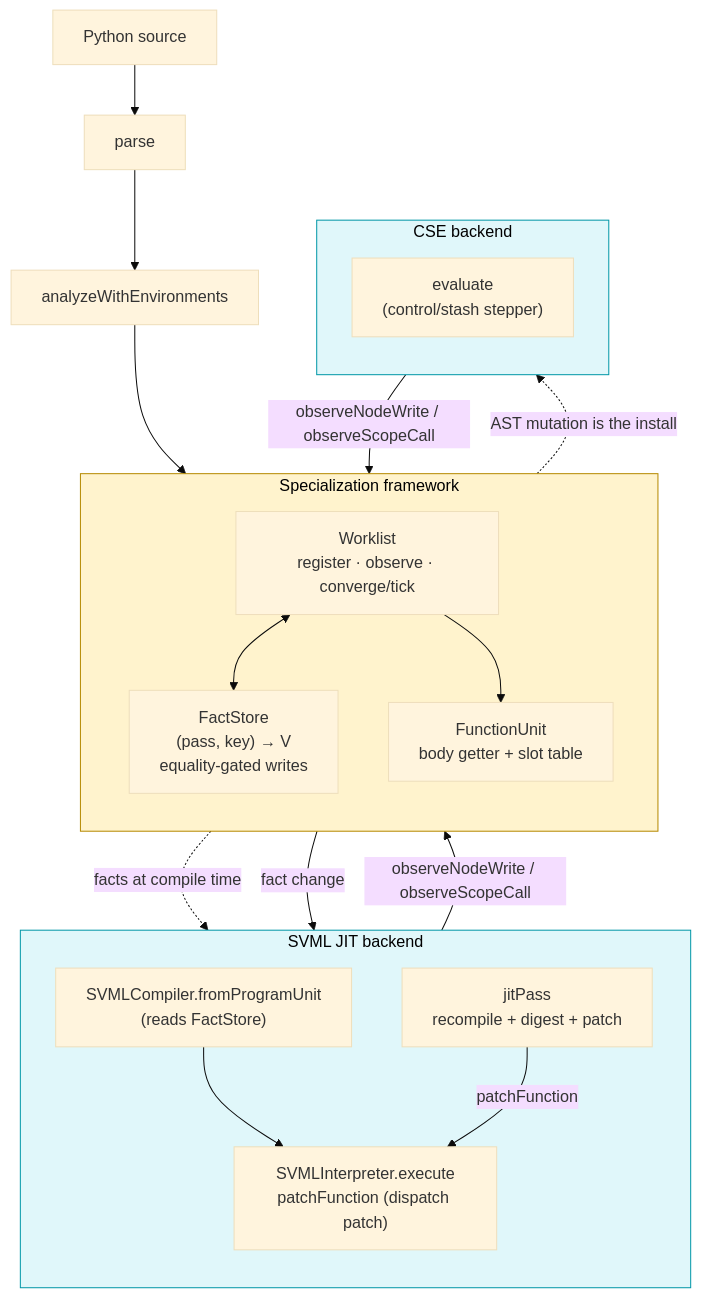
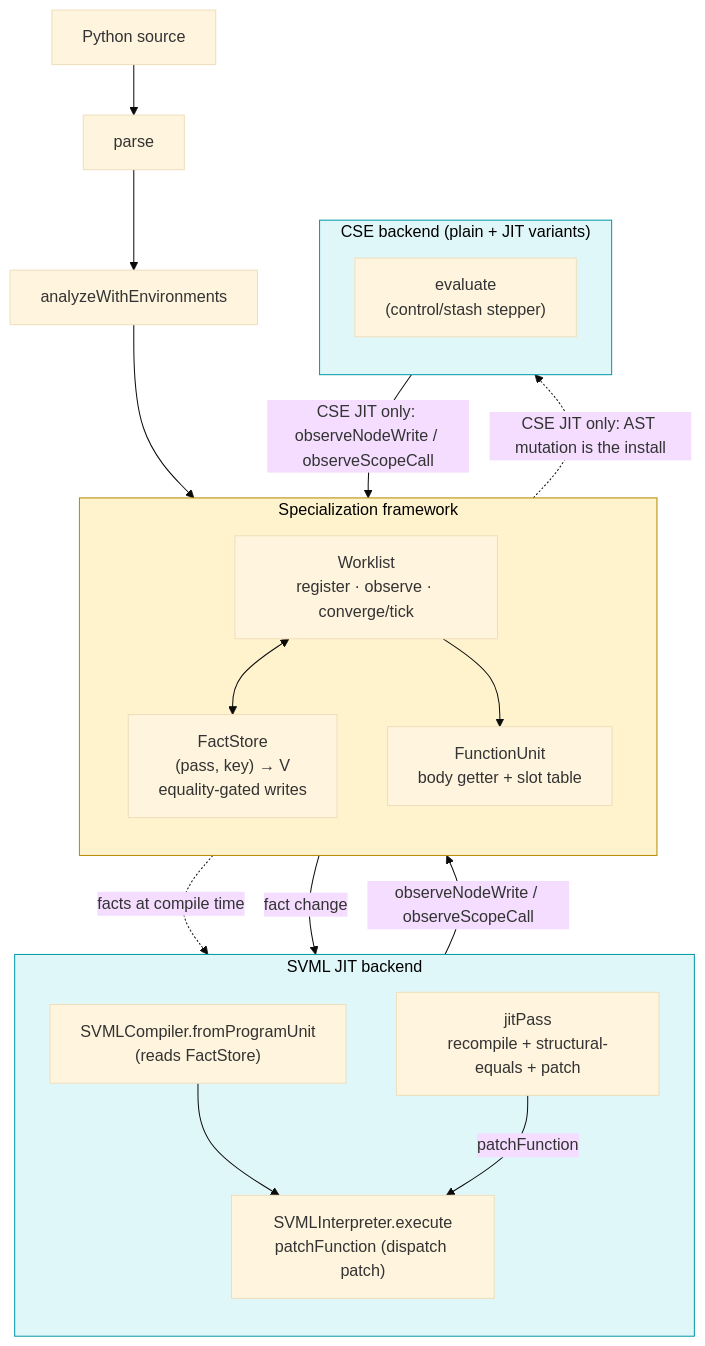
One commit to loyaltypollution/py-slang changed the sixth of 6 diagrams in docs/compilation-flow.md. Above: the diagram before and after it, drawn with Mermaid (base theme). The commit also changed other lines of this file and 67 other files, not shown here.

````diff
--- a/docs/compilation-flow.md
+++ b/docs/compilation-flow.md
@@ -324,41 +378,41 @@
 ```mermaid
 flowchart TB
     SRC["Python source"]
     PARSE["parse"]
     RESOLVE["analyzeWithEnvironments"]
     SRC --> PARSE --> RESOLVE
 
     subgraph SPEC["Specialization framework"]
       direction TB
       WL["Worklist<br/>register · observe · converge/tick"]
       FS["FactStore<br/>(pass, key) → V<br/>equality-gated writes"]
       UNITS["FunctionUnit<br/>body getter + slot table"]
       WL <--> FS
       WL --> UNITS
     end
     RESOLVE --> WL
 
     subgraph SVML["SVML JIT backend"]
       direction TB
       COMP["SVMLCompiler.fromProgramUnit<br/>(reads FactStore)"]
       INT["SVMLInterpreter.execute<br/>patchFunction (dispatch patch)"]
-      JITP["jitPass<br/>recompile + digest + patch"]
+      JITP["jitPass<br/>recompile + structural-equals + patch"]
       COMP --> INT
       JITP -- "patchFunction" --> INT
     end
     FS -. "facts at compile time" .-> COMP
     INT -- "observeNodeWrite / observeScopeCall" --> WL
     FS -- "fact change" --> JITP
 
-    subgraph CSE["CSE backend"]
+    subgraph CSE["CSE backend (plain + JIT variants)"]
       direction TB
       EXEC["evaluate<br/>(control/stash stepper)"]
     end
-    WL -. "AST mutation is the install" .-> EXEC
-    EXEC -- "observeNodeWrite / observeScopeCall" --> WL
+    WL -. "CSE JIT only: AST mutation is the install" .-> EXEC
+    EXEC -- "CSE JIT only: observeNodeWrite / observeScopeCall" --> WL
 
     classDef engine fill:#fff3cd,stroke:#b58900,color:#000;
     classDef backend fill:#e0f7fa,stroke:#0097a7,color:#000;
     class SPEC engine;
     class SVML,CSE backend;
 ```
````
